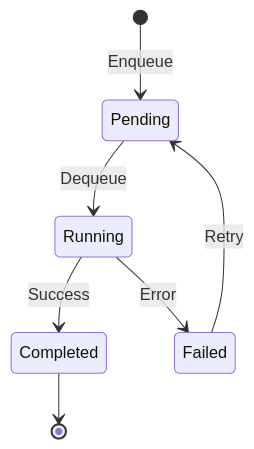
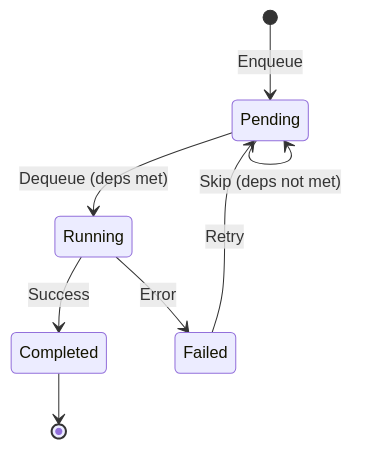
The third of 3 diagrams in USER_JOURNEY.md (Bigmints-com/factory), drawn with Mermaid before and after one commit. The commit also changed other lines of this file and 23 other files, not shown here.

````diff
--- a/USER_JOURNEY.md
+++ b/USER_JOURNEY.md
@@ -222,9 +225,10 @@
 ```mermaid
 stateDiagram-v2
     [*] --> Pending: Enqueue
-    Pending --> Running: Dequeue
+    Pending --> Running: Dequeue (deps met)
+    Pending --> Pending: Skip (deps not met)
     Running --> Completed: Success
     Running --> Failed: Error
     Failed --> Pending: Retry
     Completed --> [*]
 ```
````
